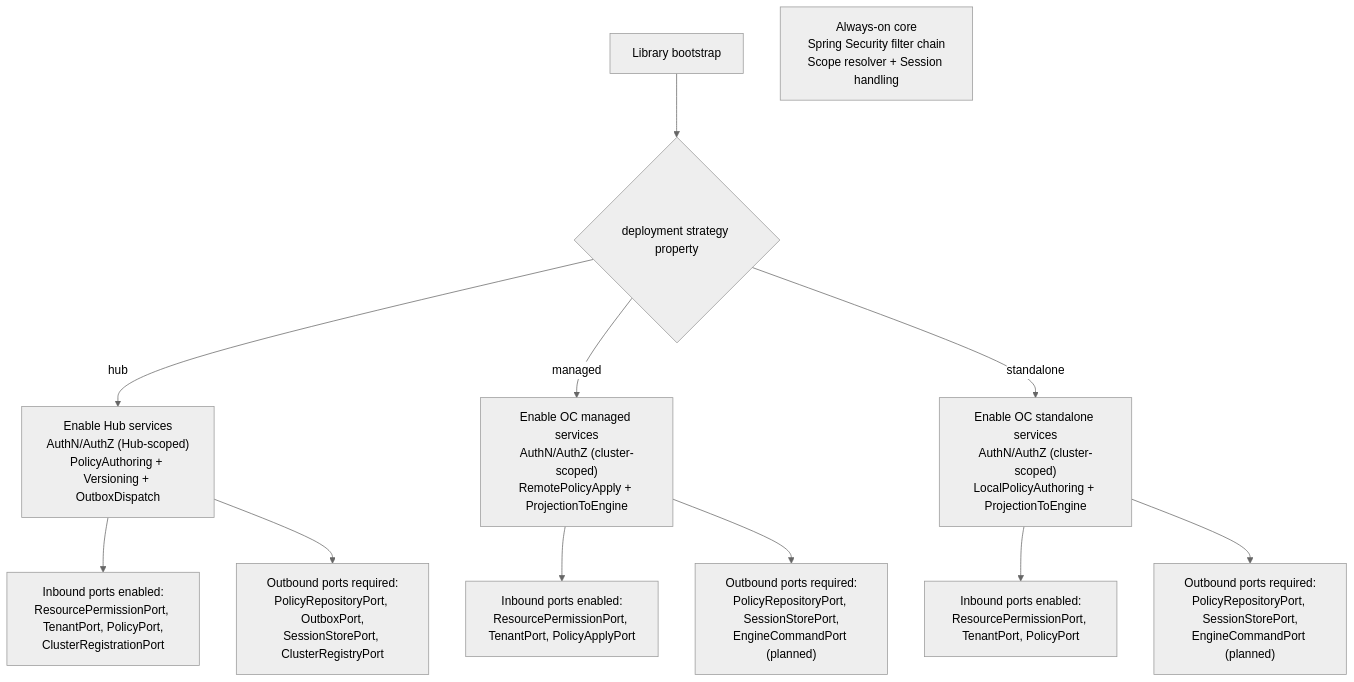
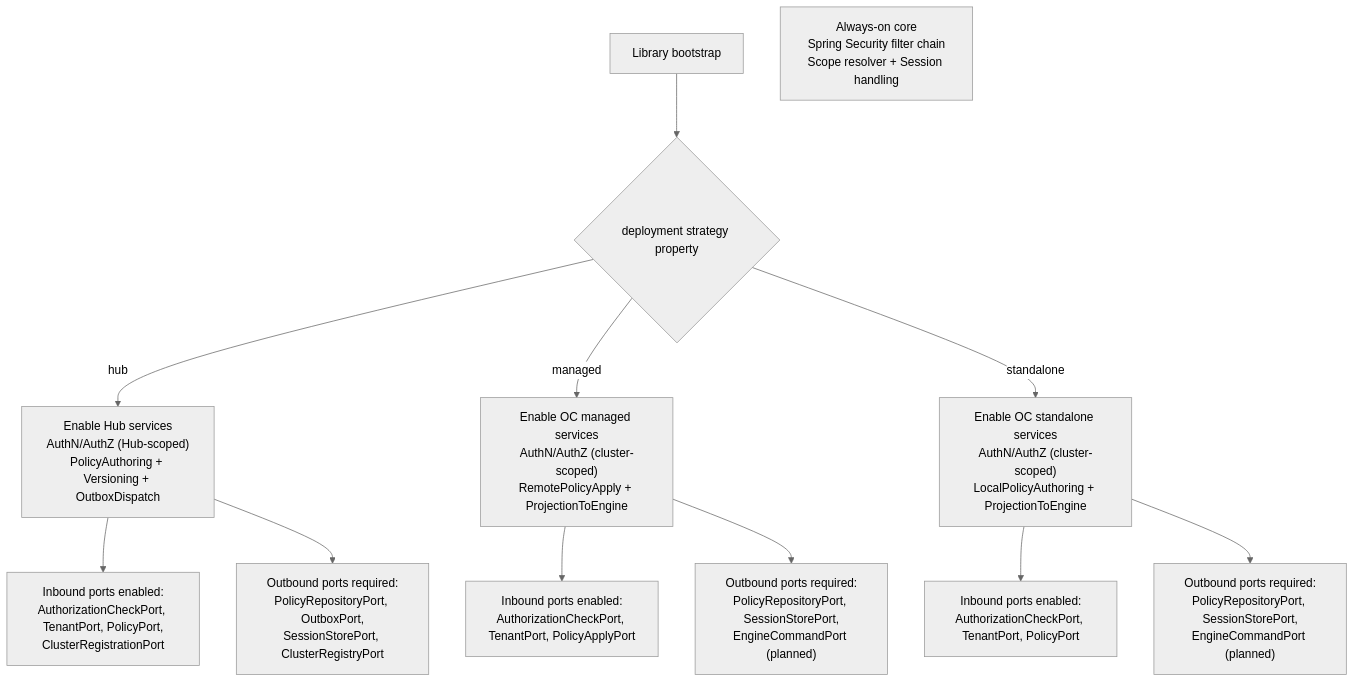
Before and after one commit to camunda/camunda-security-library: the fourth of 8 diagrams in docs/architecture/05-building-block-view.md, drawn with Mermaid (neutral theme). The commit also changed other lines of this file and 6 other files, not shown here.

````diff
--- a/docs/architecture/05-building-block-view.md
+++ b/docs/architecture/05-building-block-view.md
@@ -532,18 +528,18 @@
 ```mermaid
 flowchart TB
   Start["Library bootstrap"] --> Mode{"deployment strategy property"}
 
   Mode -->|"hub"| Hub["Enable Hub services<br>AuthN/AuthZ (Hub-scoped)<br>PolicyAuthoring + Versioning + OutboxDispatch"]
   Mode -->|"managed"| OCM["Enable OC managed services<br>AuthN/AuthZ (cluster-scoped)<br>RemotePolicyApply + ProjectionToEngine"]
   Mode -->|"standalone"| OCS["Enable OC standalone services<br>AuthN/AuthZ (cluster-scoped)<br>LocalPolicyAuthoring + ProjectionToEngine"]
 
   Core["Always-on core<br>Spring Security filter chain<br>Scope resolver + Session handling"]
 
-  Hub --> HubIn["Inbound ports enabled:<br>ResourcePermissionPort, TenantPort, PolicyPort,<br>ClusterRegistrationPort"]
-  OCM --> OCMIn["Inbound ports enabled:<br>ResourcePermissionPort, TenantPort, PolicyApplyPort"]
-  OCS --> OCSPin["Inbound ports enabled:<br>ResourcePermissionPort, TenantPort, PolicyPort"]
+  Hub --> HubIn["Inbound ports enabled:<br>AuthorizationCheckPort, TenantPort, PolicyPort,<br>ClusterRegistrationPort"]
+  OCM --> OCMIn["Inbound ports enabled:<br>AuthorizationCheckPort, TenantPort, PolicyApplyPort"]
+  OCS --> OCSPin["Inbound ports enabled:<br>AuthorizationCheckPort, TenantPort, PolicyPort"]
 
   Hub --> HubPorts["Outbound ports required:<br>PolicyRepositoryPort, OutboxPort,<br>SessionStorePort, ClusterRegistryPort"]
   OCM --> OCMPorts["Outbound ports required:<br>PolicyRepositoryPort, SessionStorePort,<br>EngineCommandPort (planned)"]
   OCS --> OCSPorts["Outbound ports required:<br>PolicyRepositoryPort, SessionStorePort,<br>EngineCommandPort (planned)"]
 ```
````
